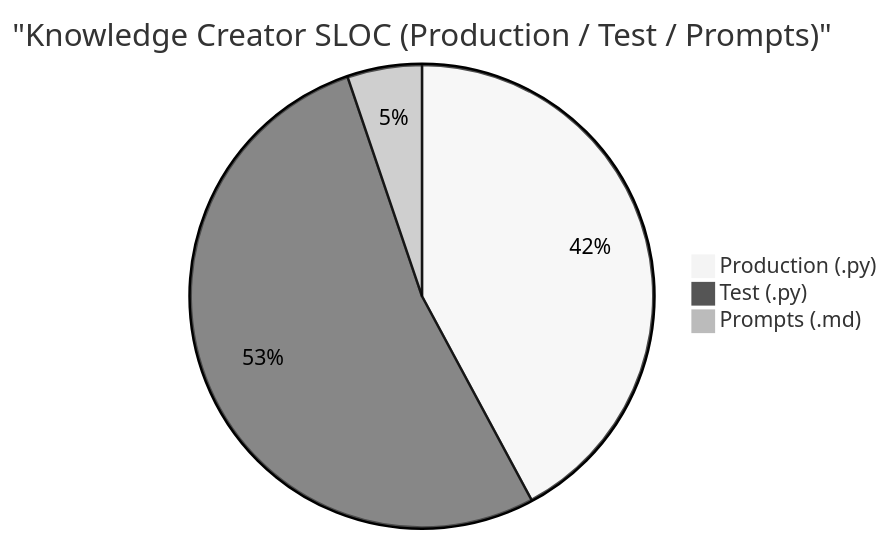
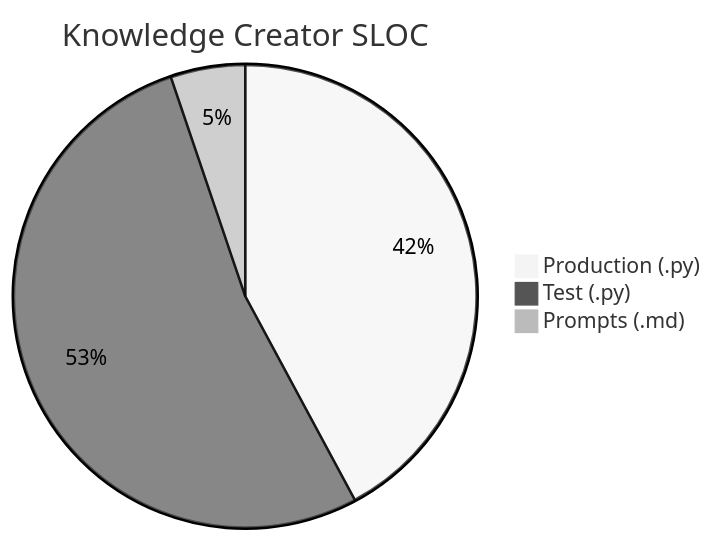
Before and after one commit to nablarch/nabledge-dev: the tenth of 11 diagrams in docs/metrics.md, drawn with Mermaid (neutral theme). The commit also changed other lines of this file and 1 other file, not shown here.

First line of the commit message:
fix: clean up SLOC section headings and pie chart titles (#226)

````diff
--- a/docs/metrics.md
+++ b/docs/metrics.md
@@ -127,6 +123,6 @@
 ```mermaid
-pie title "Knowledge Creator SLOC (Production / Test / Prompts)"
+pie title Knowledge Creator SLOC
   "Production (.py)" : 4119
   "Test (.py)" : 5145
   "Prompts (.md)" : 509
 ```
````
